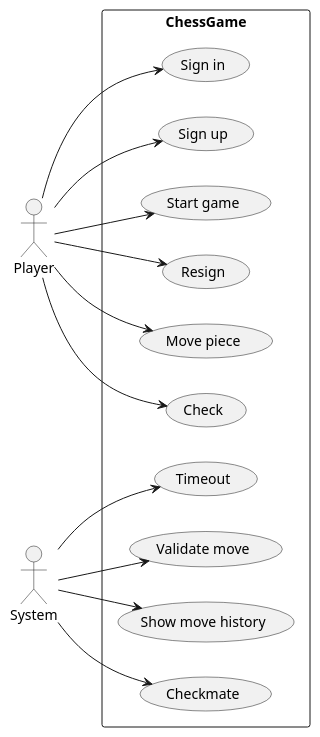
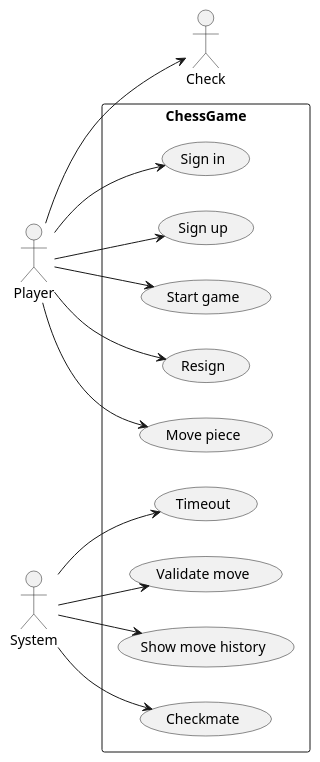
Before and after one commit to kieutridang/set2023: the diagram in team1/chessGame/docs/usecaseDiagrams/usecaseDiagram.plantuml, drawn with PlantUML.

Commit message:
update usecase diagram

```diff
--- a/team1/chessGame/docs/usecaseDiagrams/usecaseDiagram.plantuml
+++ b/team1/chessGame/docs/usecaseDiagrams/usecaseDiagram.plantuml
@@ -1,37 +1,37 @@
 @startuml chessGame
 left to right direction
 actor "Player" as player
 actor "System" as system
 
 rectangle ChessGame {
     ' player
     usecase "Sign in" as signIn
     usecase "Sign up" as signUp
     usecase "Start game" as startGame
     usecase "Resign" as resign
     usecase "Move piece" as movePiece
-    usecase "Check" as Check
+    ' usecase "Check" as Check
 
     ' system 
     usecase "Timeout" as timeout
     ' usecase "Game result" as gameResult
     usecase "Validate move" as validateMove
     usecase "Show move history" as showMoveHistory
     usecase "Checkmate" as checkmate
 }
 
 player --> signIn
 player --> signUp
 player --> startGame
 player --> resign
 player --> movePiece
 player --> Check
 
 system --> timeout
 ' system --> gameResult
 system --> validateMove
 system --> showMoveHistory
 system --> checkmate
 
 
 @enduml
```
